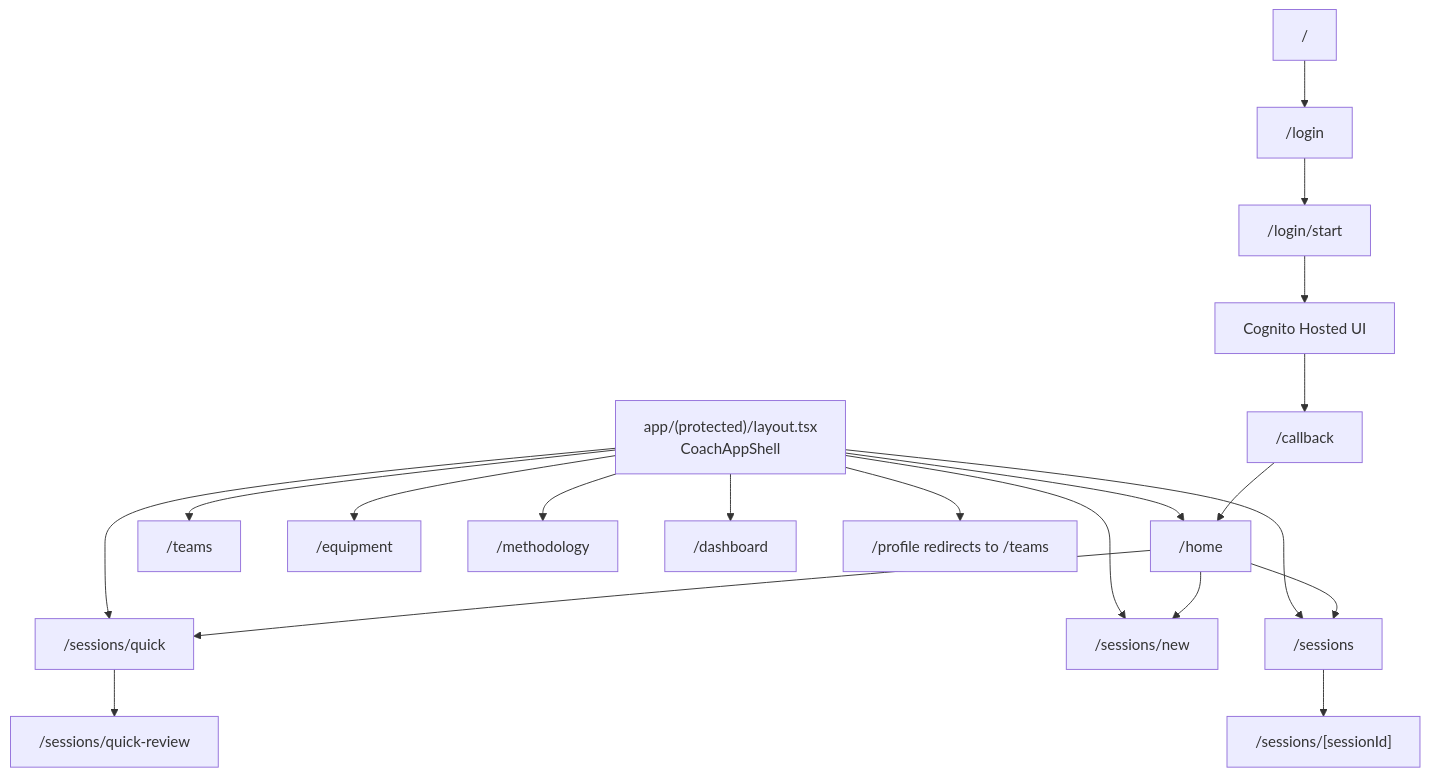
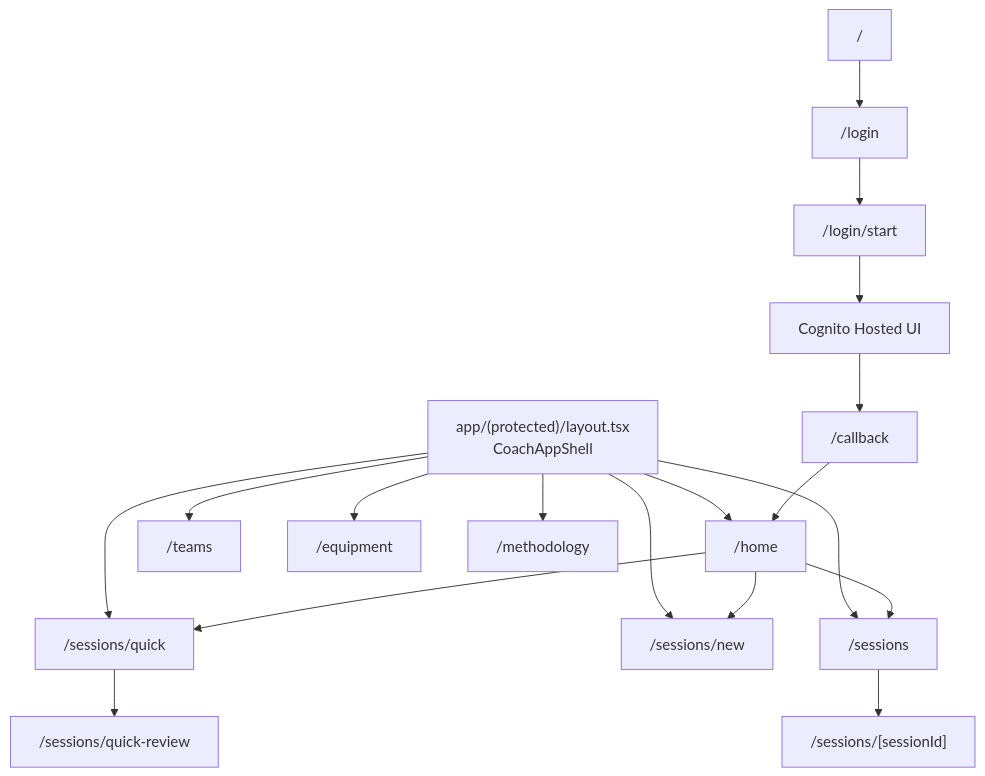
One commit to jasonx13th/sports-intelligence-cloud changed the second of 7 diagrams in docs/architecture/sic-current-system-map.md. Above: the diagram before and after it, drawn with Mermaid. The commit also changed other lines of this file and 3 other files, not shown here.

Commit message:
docs(architecture): remove stale Club Vivo runtime references (#20)

````diff
--- a/docs/architecture/sic-current-system-map.md
+++ b/docs/architecture/sic-current-system-map.md
@@ -458,23 +457,21 @@
 ```mermaid
 flowchart TD
   Entry["/"] --> Login["/login"]
   Login --> LoginStart["/login/start"]
   LoginStart --> Cognito["Cognito Hosted UI"]
   Cognito --> Callback["/callback"]
   Callback --> Home["/home"]
   Home --> Quick["/sessions/quick"]
   Home --> Builder["/sessions/new"]
   Home --> Library["/sessions"]
 
   ProtectedLayout["app/(protected)/layout.tsx<br/>CoachAppShell"] --> Home
   ProtectedLayout --> Builder
   ProtectedLayout --> Quick
   Quick --> QuickReview["/sessions/quick-review"]
   ProtectedLayout --> Library
   Library --> Detail["/sessions/[sessionId]"]
   ProtectedLayout --> Teams["/teams"]
   ProtectedLayout --> Equipment["/equipment"]
   ProtectedLayout --> Methodology["/methodology"]
-  ProtectedLayout --> Dashboard["/dashboard"]
-  ProtectedLayout --> Profile["/profile redirects to /teams"]
 ```
````
